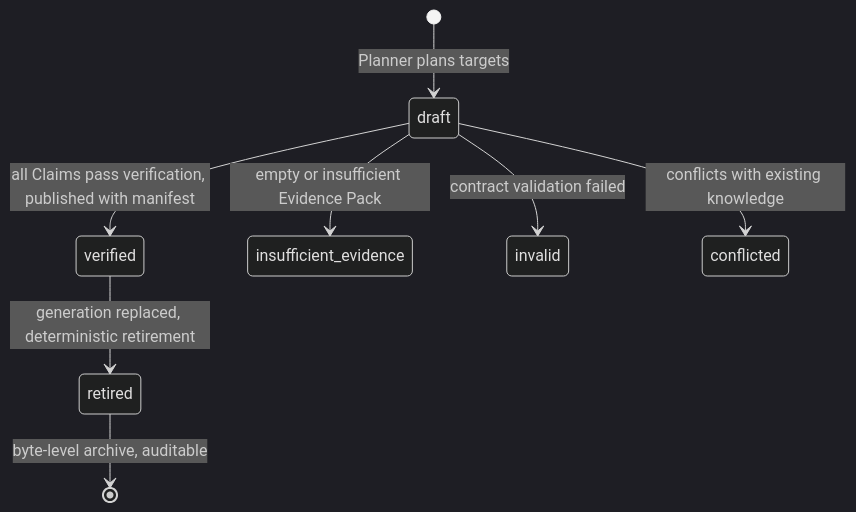
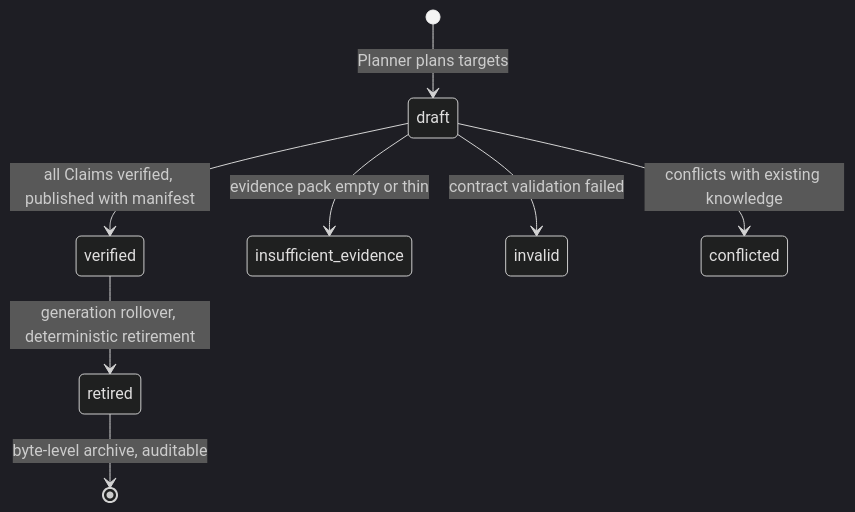
One commit to davyzhong/CodeWiki changed the fourth of 4 diagrams in README.en.md. Above: the diagram before and after it, drawn with Mermaid (dark theme). The commit also changed other lines of this file and 1 other file, not shown here.

````diff
--- a/README.en.md
+++ b/README.en.md
@@ -180,10 +248,10 @@
 ```mermaid
 stateDiagram-v2
     [*] --> draft: Planner plans targets
-    draft --> verified: all Claims pass verification, published with manifest
-    draft --> insufficient_evidence: empty or insufficient Evidence Pack
+    draft --> verified: all Claims verified, published with manifest
+    draft --> insufficient_evidence: evidence pack empty or thin
     draft --> invalid: contract validation failed
     draft --> conflicted: conflicts with existing knowledge
-    verified --> retired: generation replaced, deterministic retirement
+    verified --> retired: generation rollover, deterministic retirement
     retired --> [*]: byte-level archive, auditable
 ```
````
